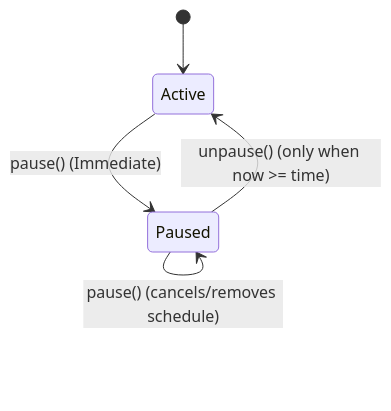
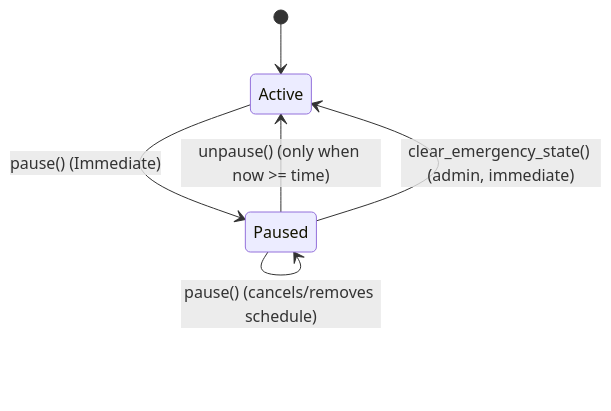
The diagram in docs/killswitch-timelock.md (Remitwise-Org/Remitwise-Contracts), drawn with Mermaid before and after one commit. The commit also changed other lines of this file and 2 other files, not shown here.

First line of the commit message:
feat(emergency_killswitch): add admin-only clear_emergency_state recovery entrypoint

````diff
--- a/docs/killswitch-timelock.md
+++ b/docs/killswitch-timelock.md
@@ -21,8 +21,9 @@
 ```mermaid
 stateDiagram-v2
     [*] --> Active
     Active --> Paused : pause() (Immediate)
     Paused --> Paused : schedule_unpause(time) (time >= now)
     Paused --> Active : unpause() (only when now >= time)
     Paused --> Paused : pause() (cancels/removes schedule)
+    Paused --> Active : clear_emergency_state() (admin, immediate)
 ```
````
